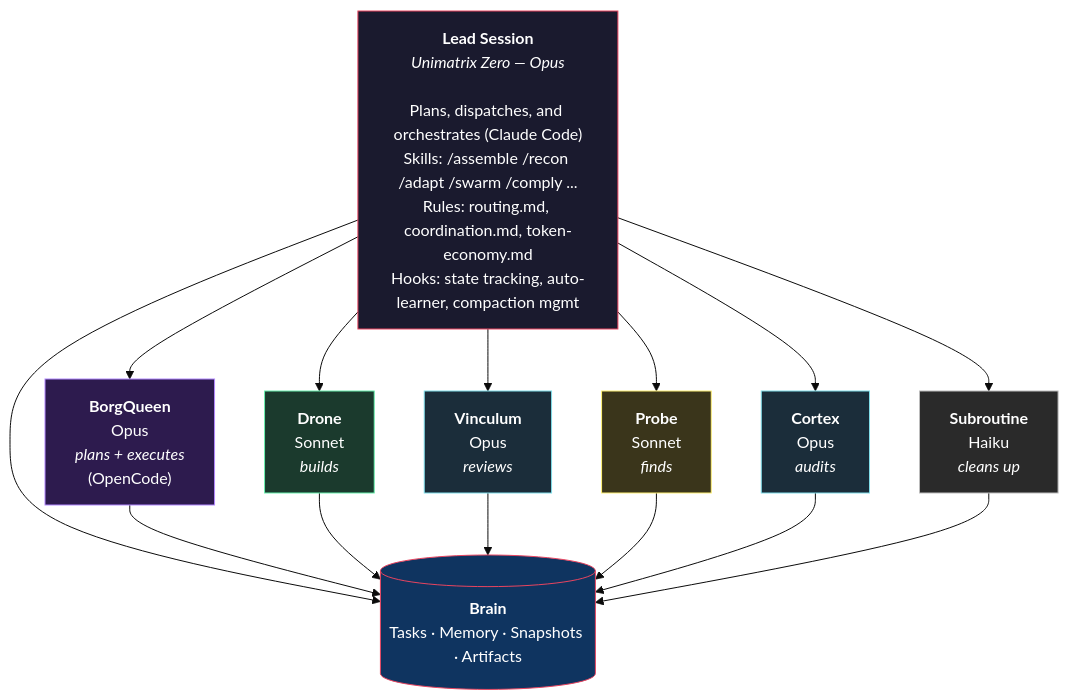
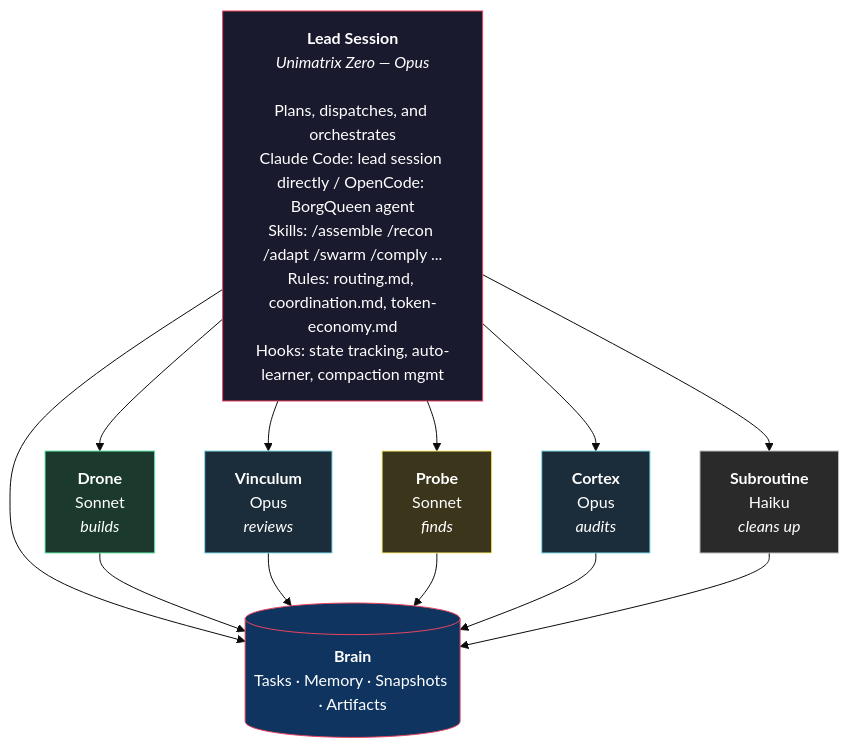
Before and after one commit to benediktms/unimatrix: the second of 8 diagrams in README.md, drawn with Mermaid (base theme). The commit also changed other lines of this file, not shown here.

First line of the commit message:
fix: unify Lead/BorgQueen as same entity in architecture diagram

````diff
--- a/README.md
+++ b/README.md
@@ -27,30 +27,27 @@
 ```mermaid
 graph TB
-    Lead["<b>Lead Session</b><br/><i>Unimatrix Zero — Opus</i><br/><br/>Plans, dispatches, and orchestrates (Claude Code)<br/>Skills: /assemble /recon /adapt /swarm /comply ...<br/>Rules: routing.md, coordination.md, token-economy.md<br/>Hooks: state tracking, auto-learner, compaction mgmt"]
+    Lead["<b>Lead Session</b><br/><i>Unimatrix Zero — Opus</i><br/><br/>Plans, dispatches, and orchestrates<br/>Claude Code: lead session directly / OpenCode: BorgQueen agent<br/>Skills: /assemble /recon /adapt /swarm /comply ...<br/>Rules: routing.md, coordination.md, token-economy.md<br/>Hooks: state tracking, auto-learner, compaction mgmt"]
 
-    Lead --> BorgQueen["<b>BorgQueen</b><br/>Opus<br/><i>plans + executes</i><br/>(OpenCode)"]
     Lead --> Drone["<b>Drone</b><br/>Sonnet<br/><i>builds</i>"]
     Lead --> Vinculum["<b>Vinculum</b><br/>Opus<br/><i>reviews</i>"]
     Lead --> Probe["<b>Probe</b><br/>Sonnet<br/><i>finds</i>"]
     Lead --> Cortex["<b>Cortex</b><br/>Opus<br/><i>audits</i>"]
     Lead --> Subroutine["<b>Subroutine</b><br/>Haiku<br/><i>cleans up</i>"]
 
     Lead --> Brain
-    BorgQueen --> Brain
     Drone --> Brain
     Vinculum --> Brain
     Probe --> Brain
     Cortex --> Brain
     Subroutine --> Brain
 
     Brain[("<b>Brain</b><br/>Tasks · Memory · Snapshots · Artifacts")]
 
     style Lead fill:#1a1a2e,stroke:#e94560,color:#fff
     style Brain fill:#0f3460,stroke:#e94560,color:#fff
-    style BorgQueen fill:#2d1b4e,stroke:#b388ff,color:#fff
     style Drone fill:#1b3a2d,stroke:#69f0ae,color:#fff
     style Vinculum fill:#1b2d3a,stroke:#80deea,color:#fff
     style Probe fill:#3a351b,stroke:#fff176,color:#fff
     style Cortex fill:#1b2d3a,stroke:#80deea,color:#fff
     style Subroutine fill:#2a2a2a,stroke:#bdbdbd,color:#fff
 ```
````
